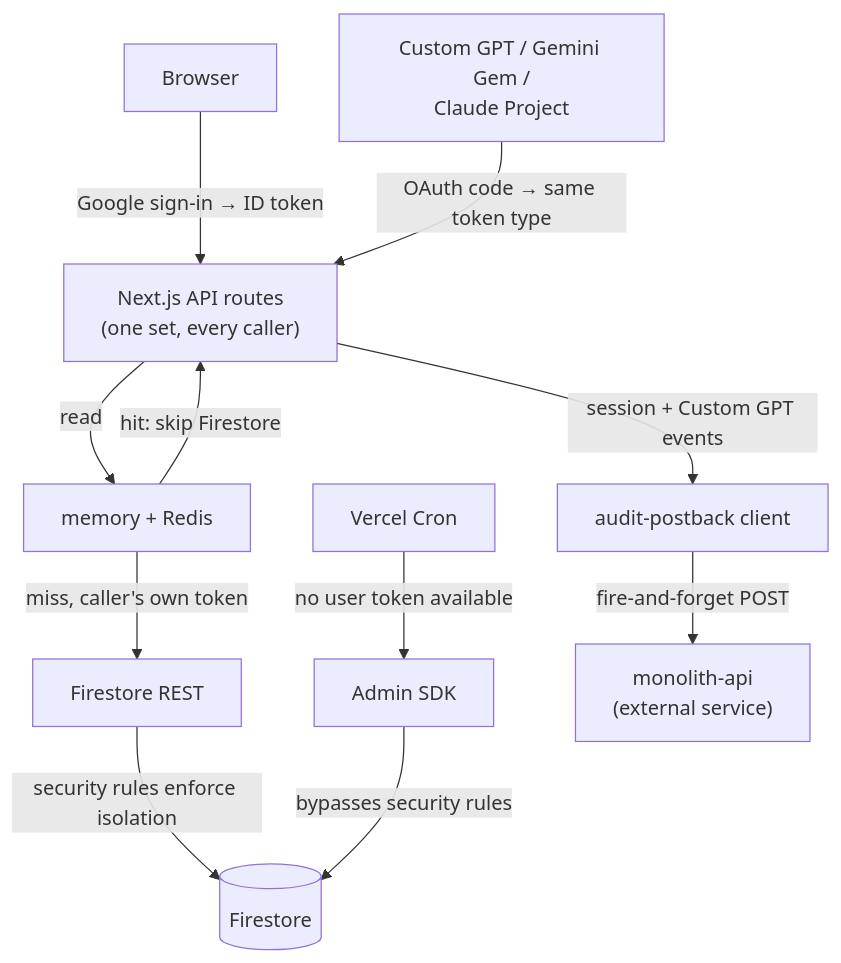
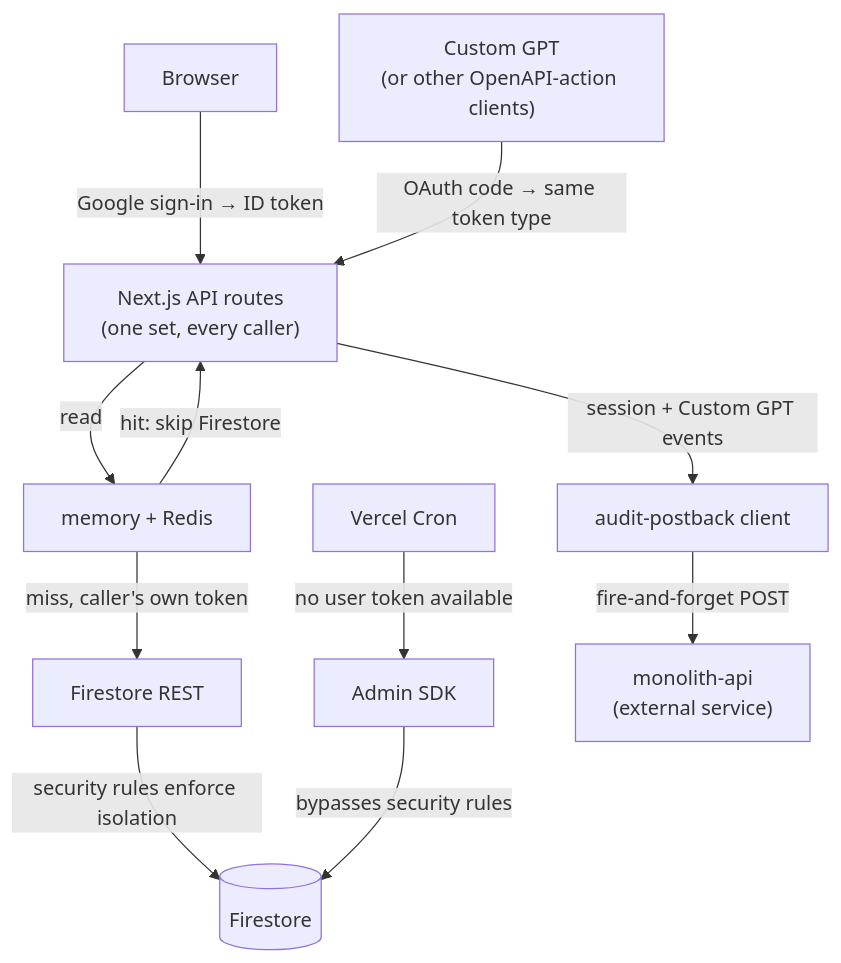
Before and after one commit to fal3n-4ngel/Continuum-Home: the diagram in README.md, drawn with Mermaid. The commit also changed other lines of this file and 3 other files, not shown here.

Commit message:
chore: update readme and graphs

````diff
--- a/README.md
+++ b/README.md
@@ -65,30 +65,30 @@
 ```mermaid
 flowchart TB
     Browser["Browser"]
-    GPT["Custom GPT / Gemini Gem /<br/>Claude Project"]
+    GPT["Custom GPT<br/>(or other OpenAPI-action clients)"]
     API["Next.js API routes<br/>(one set, every caller)"]
 
     Cache["memory + Redis"]
     FSRest["Firestore REST"]
     Firestore[("Firestore")]
 
     CronEP["Vercel Cron"]
     FSAdmin["Admin SDK"]
 
     AuditClient["audit-postback client"]
     Monolith["monolith-api<br/>(external service)"]
 
     Browser -- "Google sign-in → ID token" --> API
     GPT -- "OAuth code → same token type" --> API
 
     API -- "read" --> Cache
     Cache -- "hit: skip Firestore" --> API
     Cache -- "miss, caller's own token" --> FSRest
     FSRest -- "security rules enforce isolation" --> Firestore
 
     CronEP -- "no user token available" --> FSAdmin
     FSAdmin -- "bypasses security rules" --> Firestore
 
     API -- "session + Custom GPT events" --> AuditClient
     AuditClient -- "fire-and-forget POST" --> Monolith
 ```
````
